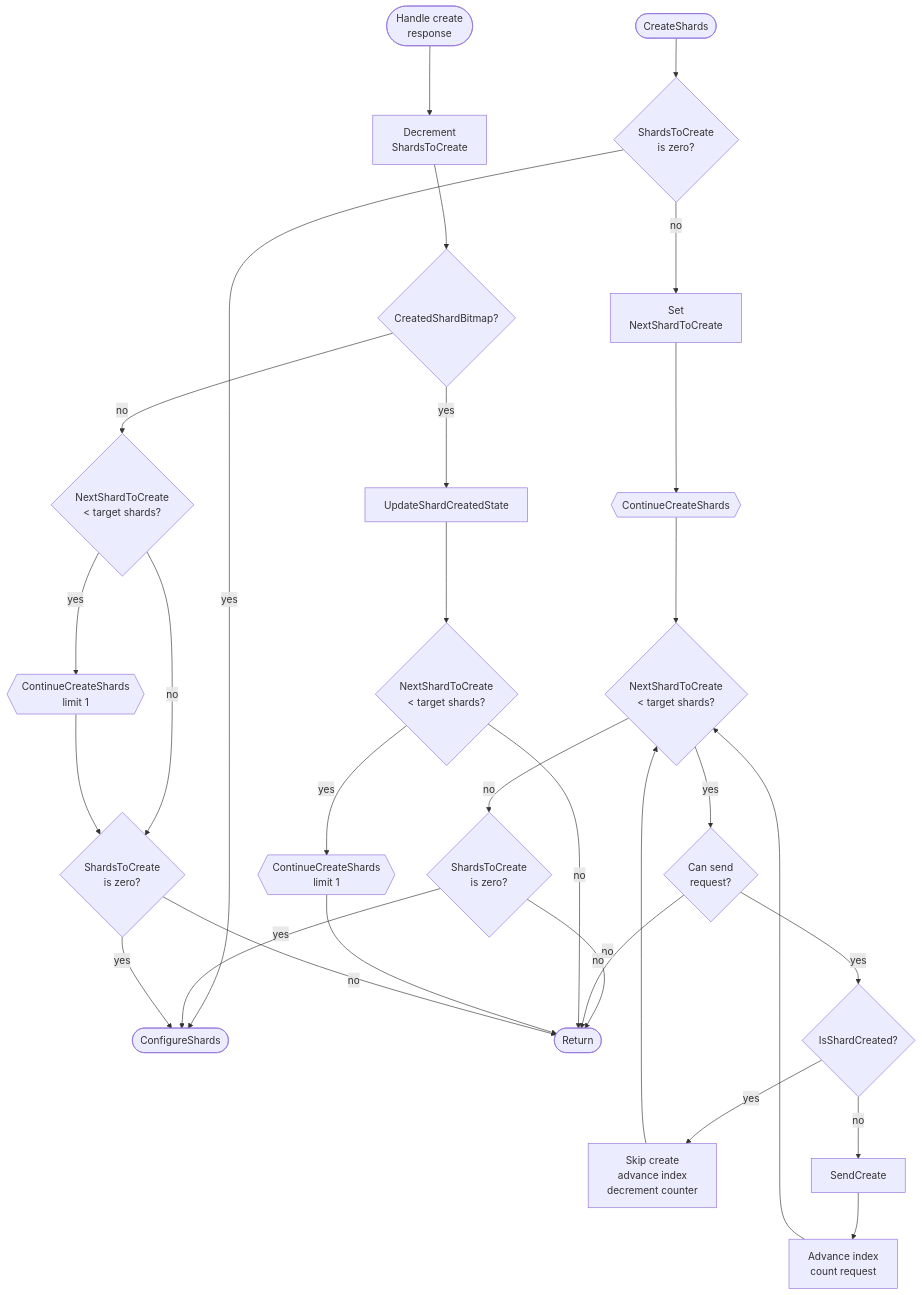
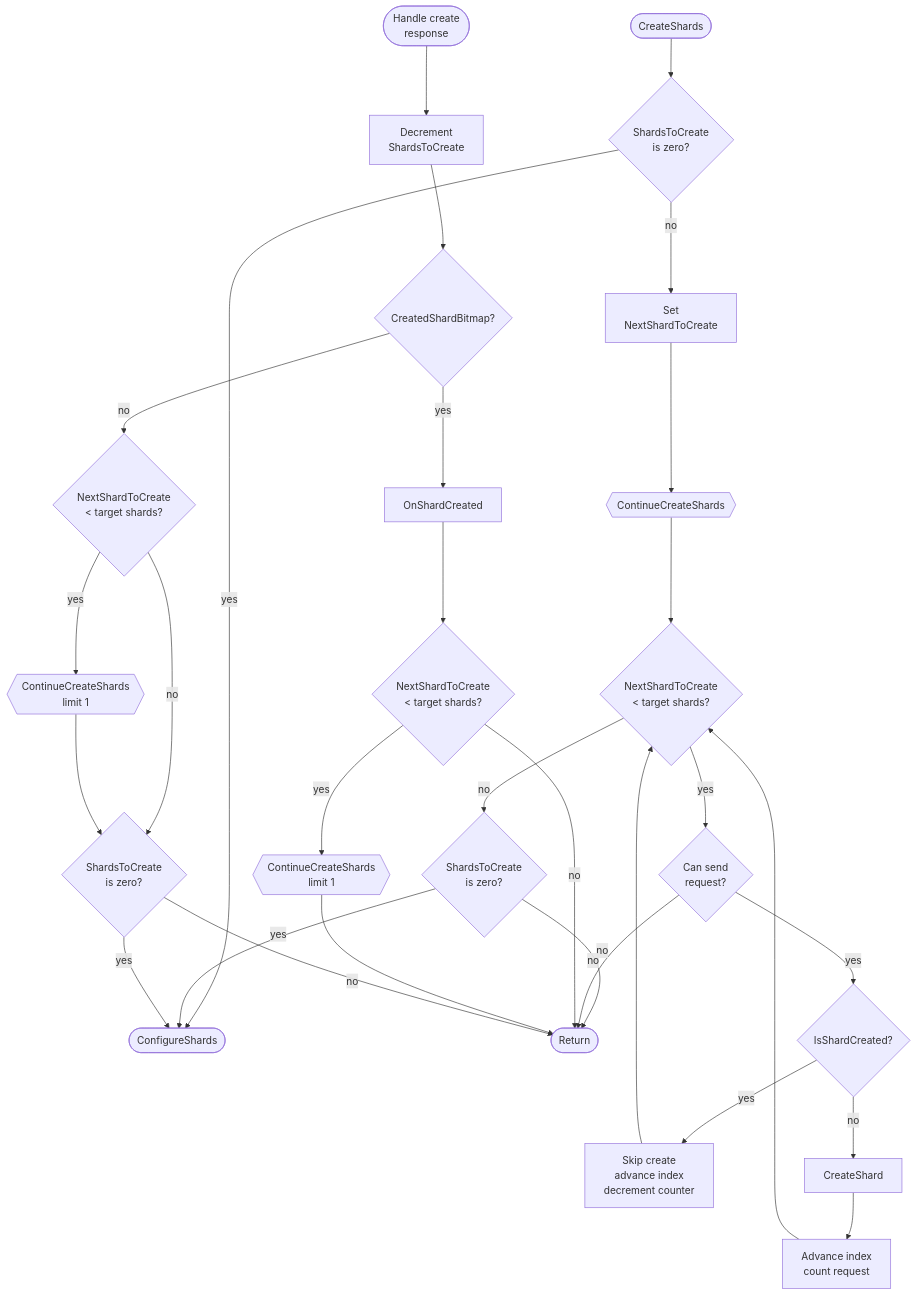
Before and after one commit to ydb-platform/nbs: the third of 4 diagrams in doc/filestore/design/resize_flow.md, drawn with Mermaid. The commit also changed other lines of this file, not shown here.

Commit message:
[Filestore] update create/resize doc to current state

````diff
--- a/doc/filestore/design/resize_flow.md
+++ b/doc/filestore/design/resize_flow.md
@@ -138,37 +149,37 @@
 ```mermaid
 flowchart TD
     StartCreate([CreateShards]) --> NoCreate{ShardsToCreate<br/>is zero?}
     NoCreate -->|yes| Configure([ConfigureShards])
     NoCreate -->|no| Init["Set<br/>NextShardToCreate"]
     Init --> Continue{{ContinueCreateShards}}
 
     Continue --> MoreIndex{NextShardToCreate<br/>< target shards?}
     MoreIndex -->|no| AfterLoop{ShardsToCreate<br/>is zero?}
     AfterLoop -->|yes| Configure
     AfterLoop -->|no| Return([Return])
 
     MoreIndex -->|yes| CanSend{Can send<br/>request?}
     CanSend -->|no| Return
     CanSend -->|yes| Created{IsShardCreated?}
     Created -->|yes| SkipCreate["Skip create<br/>advance index<br/>decrement counter"]
     SkipCreate --> MoreIndex
-    Created -->|no| SendCreate
+    Created -->|no| SendCreate["CreateShard"]
     SendCreate --> Advance["Advance index<br/>count request"]
     Advance --> MoreIndex
 
     StartResponse([Handle create<br/>response]) --> Decrement["Decrement<br/>ShardsToCreate"]
     Decrement --> HasBitmap{CreatedShardBitmap?}
 
-    HasBitmap -->|yes| UpdateBits["UpdateShardCreatedState"]
+    HasBitmap -->|yes| UpdateBits["OnShardCreated"]
     UpdateBits --> MaybeRefillPersistent{NextShardToCreate<br/>< target shards?}
     MaybeRefillPersistent -->|yes| ContinueOnePersistent{{ContinueCreateShards<br/>limit 1}}
     MaybeRefillPersistent -->|no| Return
     ContinueOnePersistent --> Return
 
     HasBitmap -->|no| MaybeRefillFallback{NextShardToCreate<br/>< target shards?}
     MaybeRefillFallback -->|yes| ContinueOneFallback{{ContinueCreateShards<br/>limit 1}}
     MaybeRefillFallback -->|no| FallbackDone{ShardsToCreate<br/>is zero?}
     ContinueOneFallback --> FallbackDone
     FallbackDone -->|yes| Configure
     FallbackDone -->|no| Return
 ```
````
